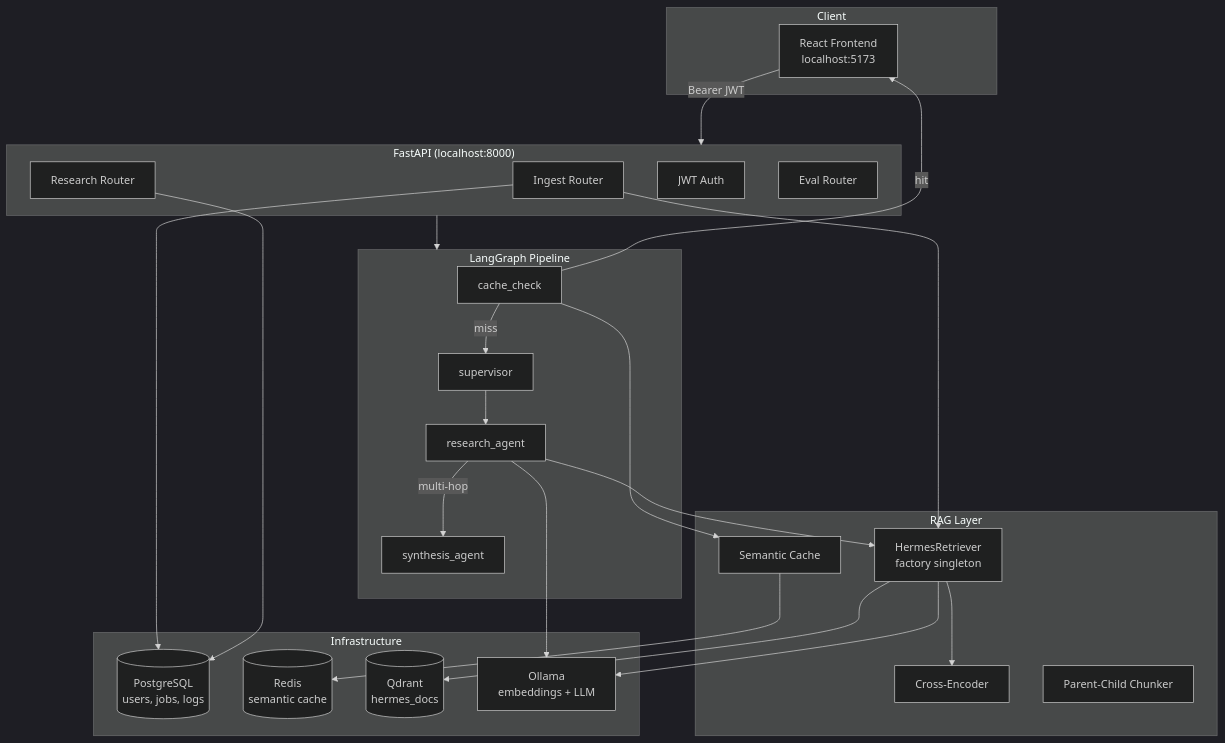
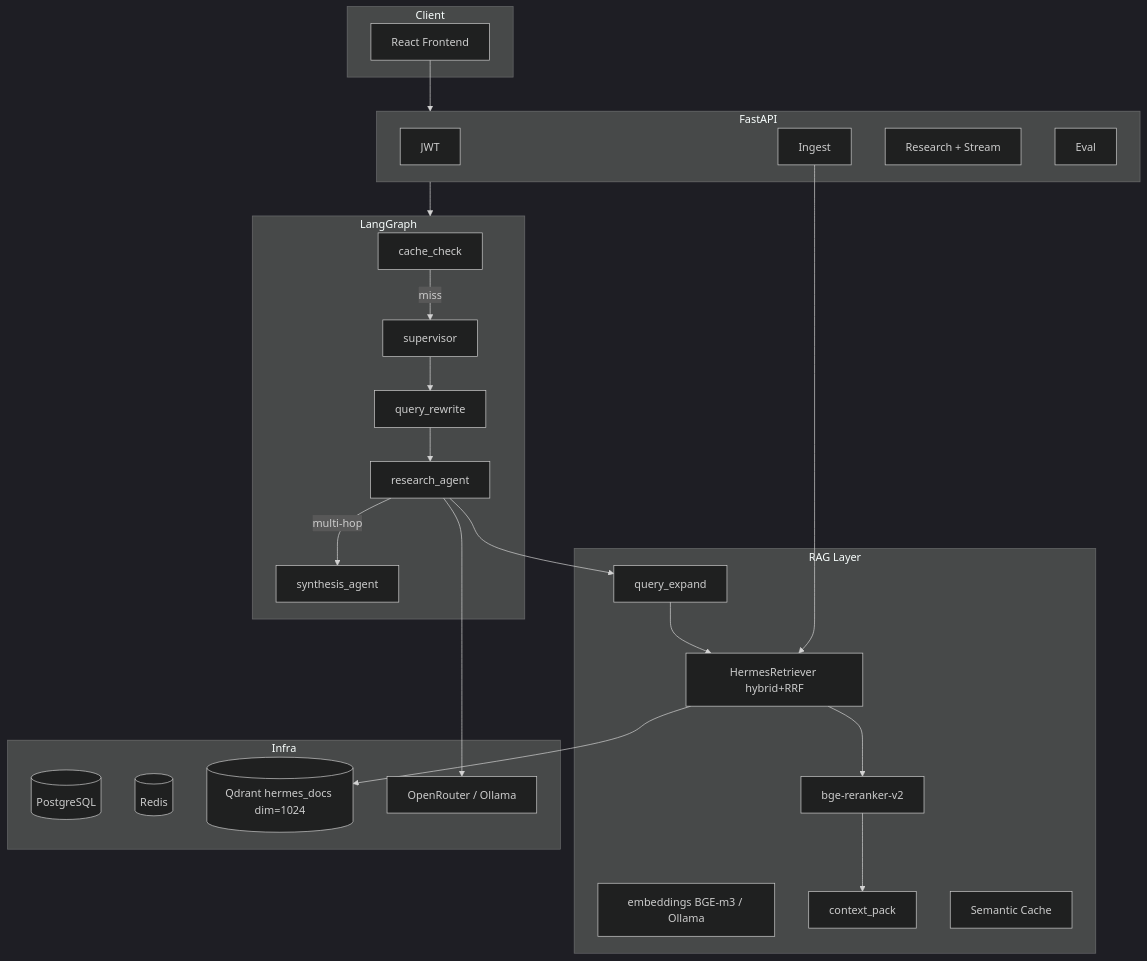
One commit to hamdan-ishfaq/HERMES changed the diagram in HANDOFF.md. Above: the diagram before and after it, drawn with Mermaid (dark theme). The commit also changed other lines of this file and 1 other file, not shown here.

````diff
--- a/HANDOFF.md
+++ b/HANDOFF.md
@@ -82,51 +122,47 @@
 ```mermaid
 flowchart TB
     subgraph Client
-        UI[React Frontend<br>localhost:5173]
+        UI[React Frontend]
     end
 
-    subgraph API["FastAPI (localhost:8000)"]
-        Auth[JWT Auth]
-        IngestRouter[Ingest Router]
-        ResearchRouter[Research Router]
-        EvalRouter[Eval Router]
+    subgraph API["FastAPI"]
+        Auth[JWT]
+        IngestRouter[Ingest]
+        ResearchRouter[Research + Stream]
+        EvalRouter[Eval]
     end
 
-    subgraph Agents["LangGraph Pipeline"]
+    subgraph Agents["LangGraph"]
         CacheCheck[cache_check]
         Supervisor[supervisor]
+        Rewrite[query_rewrite]
         Research[research_agent]
         Synthesis[synthesis_agent]
     end
 
     subgraph RAG["RAG Layer"]
-        Retriever[HermesRetriever<br>factory singleton]
-        Reranker[Cross-Encoder]
-        Chunker[Parent-Child Chunker]
+        Embed[embeddings BGE-m3 / Ollama]
+        Retriever[HermesRetriever hybrid+RRF]
+        Reranker[bge-reranker-v2]
+        Pack[context_pack]
+        Expand[query_expand]
         SemCache[Semantic Cache]
     end
 
-    subgraph Infra["Infrastructure"]
-        PG[(PostgreSQL<br>users, jobs, logs)]
-        Redis[(Redis<br>semantic cache)]
-        Qdrant[(Qdrant<br>hermes_docs)]
-        Ollama[Ollama<br>embeddings + LLM]
+    subgraph Infra
+        PG[(PostgreSQL)]
+        Redis[(Redis)]
+        Qdrant[(Qdrant hermes_docs dim=1024)]
+        LLM[OpenRouter / Ollama]
     end
 
-    UI -->|Bearer JWT| API
+    UI --> API
     API --> Agents
     CacheCheck -->|miss| Supervisor
-    CacheCheck -->|hit| UI
-    Supervisor --> Research
+    Supervisor --> Rewrite --> Research
     Research -->|multi-hop| Synthesis
-    Research --> Retriever
-    Retriever --> Qdrant
-    Retriever --> Reranker
-    Retriever --> Ollama
-    CacheCheck --> SemCache
-    SemCache --> Redis
-    Research --> Ollama
+    Research --> Expand --> Retriever --> Qdrant
+    Retriever --> Reranker --> Pack
+    Research --> LLM
     IngestRouter --> Retriever
-    IngestRouter --> PG
-    ResearchRouter --> PG
 ```
````
